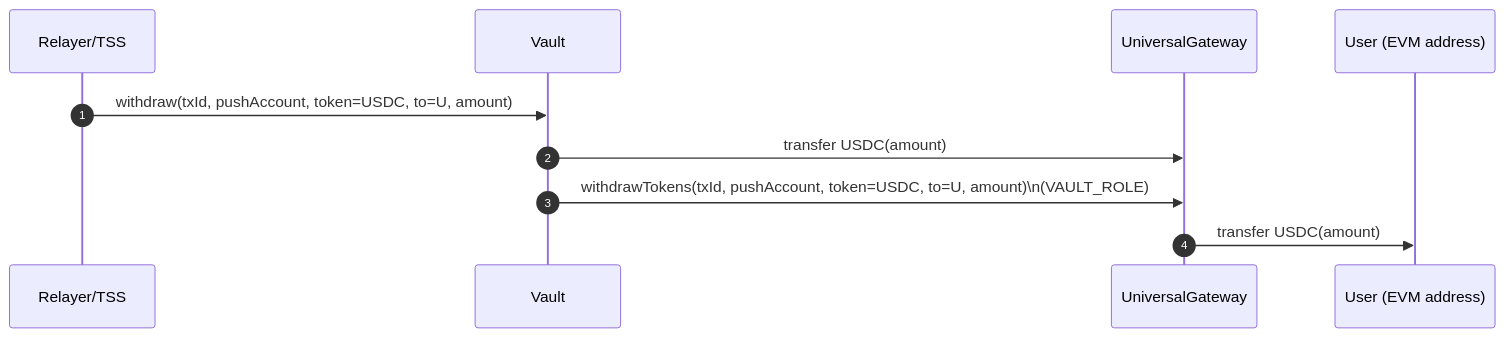
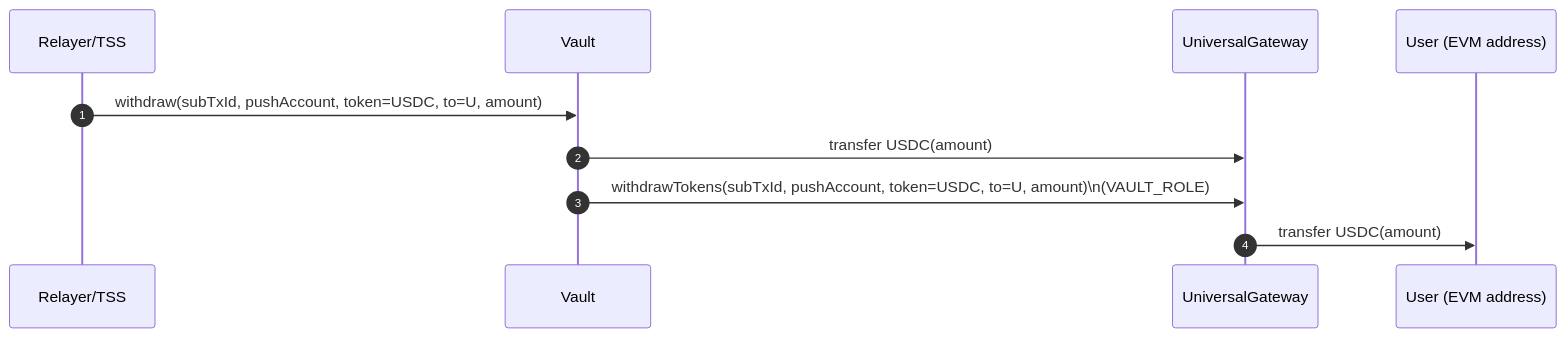
The third of 6 diagrams in contracts/evm-gateway/docs/4_OutboundTx_Flows.md (pushchain/push-chain-gateway-contracts), drawn with Mermaid before and after one commit. The commit also changed other lines of this file and 19 other files, not shown here.

````diff
--- a/contracts/evm-gateway/docs/4_OutboundTx_Flows.md
+++ b/contracts/evm-gateway/docs/4_OutboundTx_Flows.md
@@ -123,13 +123,13 @@
 ```mermaid
 sequenceDiagram
     autonumber
     participant TSS as Relayer/TSS
     participant V as Vault
     participant G as UniversalGateway
     participant U as User (EVM address)
 
-    TSS->>V: withdraw(txId, pushAccount, token=USDC, to=U, amount)
+    TSS->>V: withdraw(subTxId, pushAccount, token=USDC, to=U, amount)
     V->>G: transfer USDC(amount)
-    V->>G: withdrawTokens(txId, pushAccount, token=USDC, to=U, amount)\n(VAULT_ROLE)
+    V->>G: withdrawTokens(subTxId, pushAccount, token=USDC, to=U, amount)\n(VAULT_ROLE)
     G->>U: transfer USDC(amount)
 ```
````
